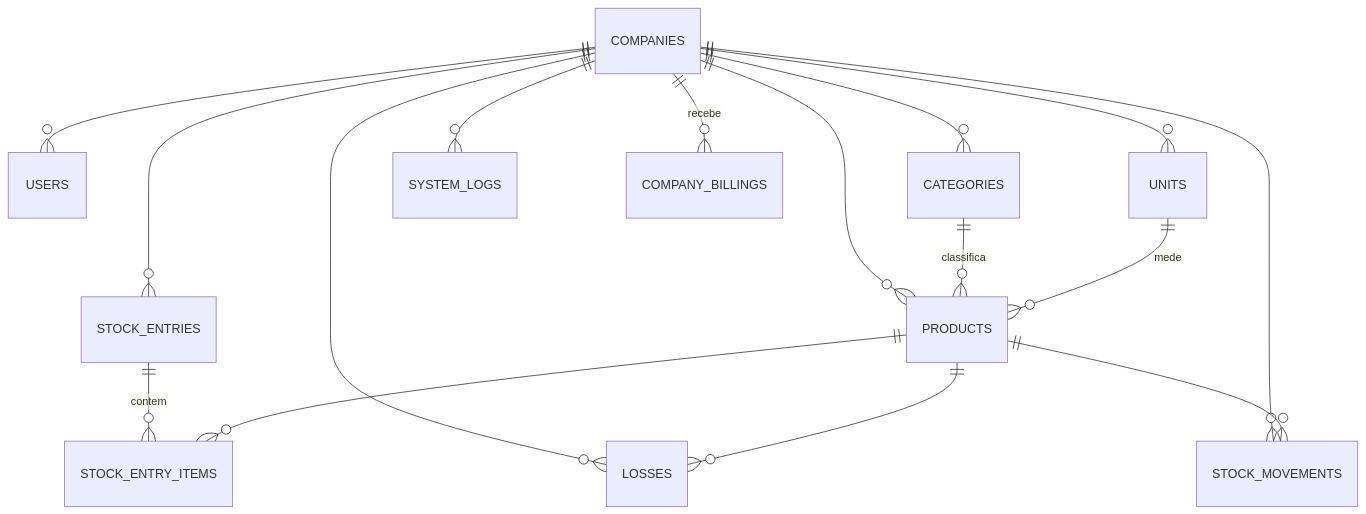
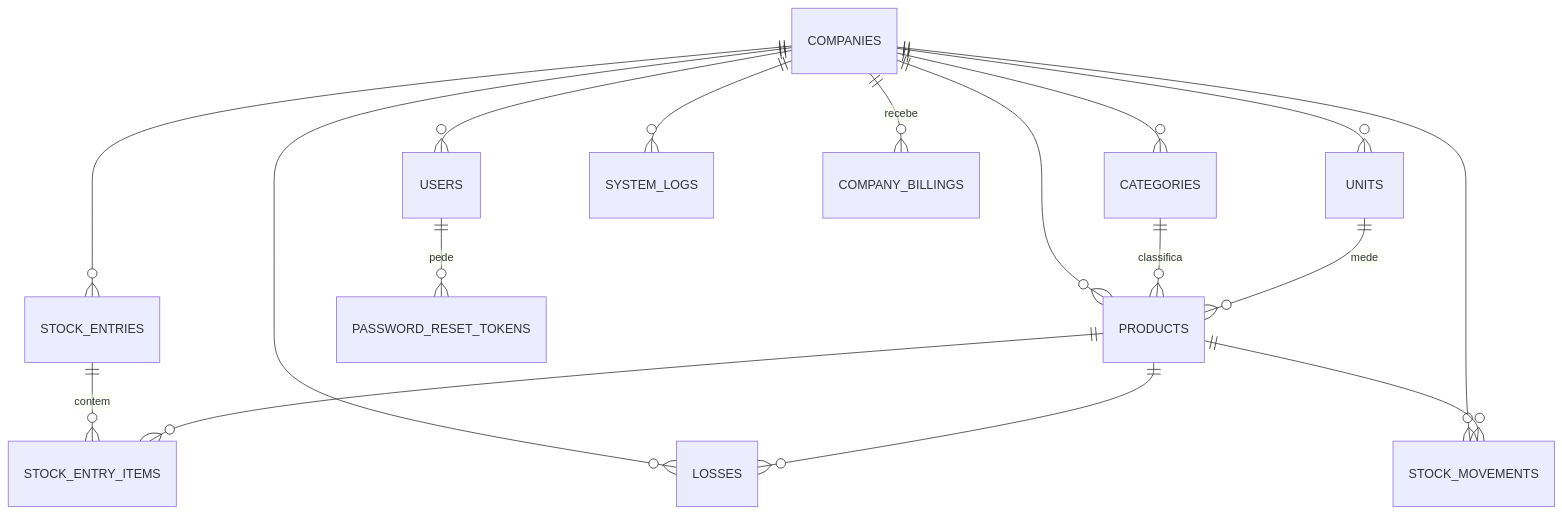
One commit to ERP-LITE/HortiERP-Lite changed the diagram in docs/modelo-de-dados.md. Above: the diagram before and after it, drawn with Mermaid. The commit also changed other lines of this file and 59 other files, not shown here.

````diff
--- a/docs/modelo-de-dados.md
+++ b/docs/modelo-de-dados.md
@@ -19,18 +19,19 @@
 ```mermaid
 erDiagram
   COMPANIES ||--o{ USERS : ""
   COMPANIES ||--o{ CATEGORIES : ""
   COMPANIES ||--o{ UNITS : ""
   COMPANIES ||--o{ PRODUCTS : ""
   COMPANIES ||--o{ STOCK_ENTRIES : ""
   COMPANIES ||--o{ LOSSES : ""
   COMPANIES ||--o{ STOCK_MOVEMENTS : ""
   COMPANIES ||--o{ SYSTEM_LOGS : ""
   COMPANIES ||--o{ COMPANY_BILLINGS : recebe
+  USERS ||--o{ PASSWORD_RESET_TOKENS : pede
   CATEGORIES ||--o{ PRODUCTS : classifica
   UNITS ||--o{ PRODUCTS : mede
   STOCK_ENTRIES ||--o{ STOCK_ENTRY_ITEMS : contem
   PRODUCTS ||--o{ STOCK_ENTRY_ITEMS : ""
   PRODUCTS ||--o{ LOSSES : ""
   PRODUCTS ||--o{ STOCK_MOVEMENTS : ""
 ```
````
